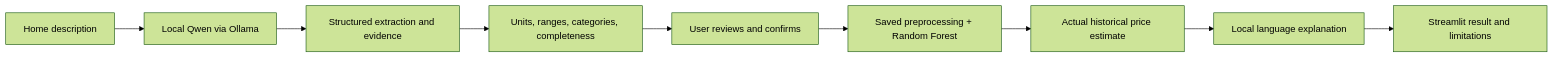
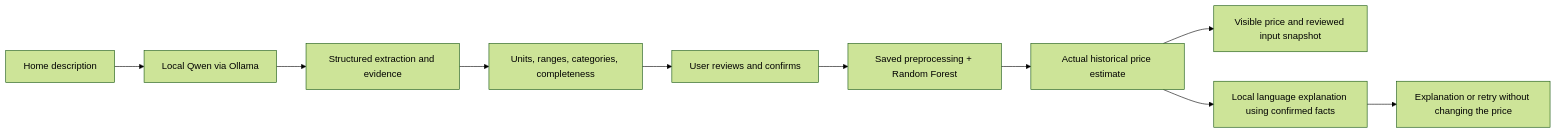
One commit to MichaelMartiradonna/ames-housing-mlops changed the diagram in README.md. Above: the diagram before and after it, drawn with Mermaid (forest theme). The commit also changed other lines of this file and 23 other files, not shown here.

```diff
--- a/README.md
+++ b/README.md
@@ -82,11 +127,12 @@
 ~~~mermaid
 flowchart LR
     A[Home description] --> B[Local Qwen via Ollama]
     B --> C[Structured extraction and evidence]
     C --> D[Units, ranges, categories, completeness]
     D --> E[User reviews and confirms]
     E --> F[Saved preprocessing + Random Forest]
     F --> G[Actual historical price estimate]
-    G --> H[Local language explanation]
-    H --> I[Streamlit result and limitations]
+    G --> I[Visible price and reviewed input snapshot]
+    G --> H[Local language explanation using confirmed facts]
+    H --> J[Explanation or retry without changing the price]
 ~~~
```
